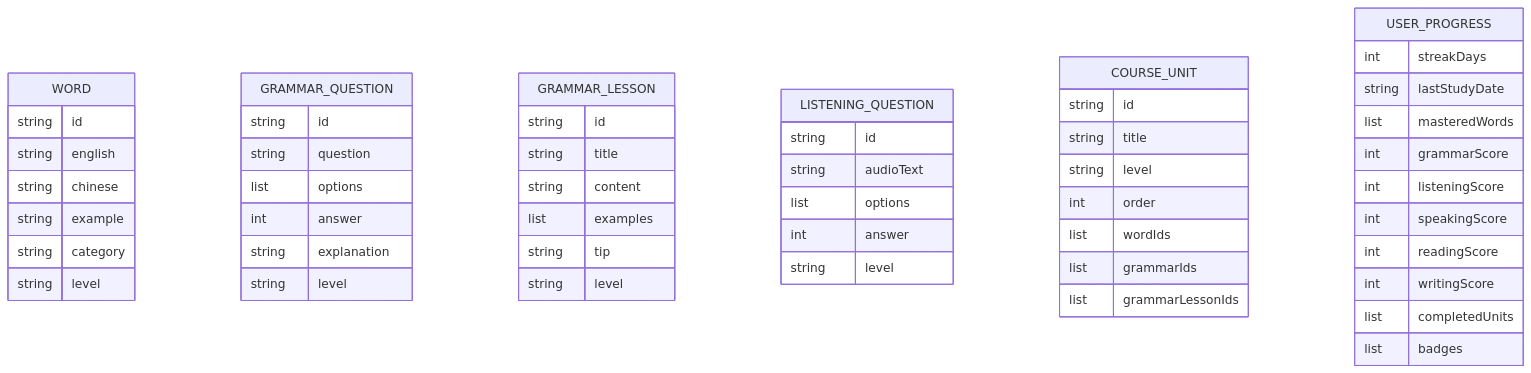
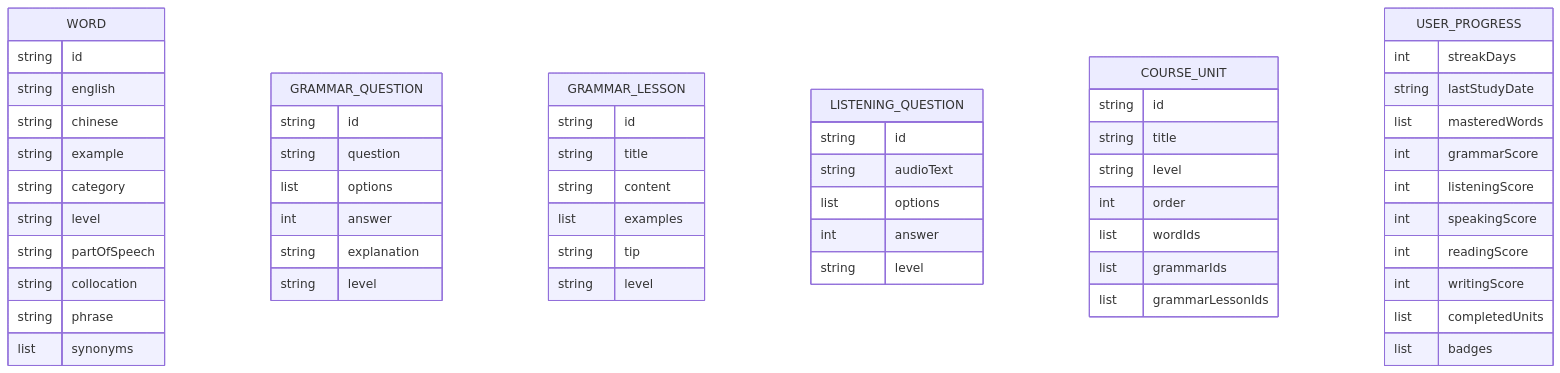
One commit to kakaluote0098/ket changed the second of 2 diagrams in .trae/documents/Technical-Architecture.md. Above: the diagram before and after it, drawn with Mermaid. The commit also changed other lines of this file and 2 other files, not shown here.

````diff
--- a/.trae/documents/Technical-Architecture.md
+++ b/.trae/documents/Technical-Architecture.md
@@ -106,55 +112,59 @@
 ```mermaid
 erDiagram
     WORD {
         string id
         string english
         string chinese
         string example
         string category
         string level
+        string partOfSpeech
+        string collocation
+        string phrase
+        list synonyms
     }
     GRAMMAR_QUESTION {
         string id
         string question
         list options
         int answer
         string explanation
         string level
     }
     GRAMMAR_LESSON {
         string id
         string title
         string content
         list examples
         string tip
         string level
     }
     LISTENING_QUESTION {
         string id
         string audioText
         list options
         int answer
         string level
     }
     COURSE_UNIT {
         string id
         string title
         string level
         int order
         list wordIds
         list grammarIds
         list grammarLessonIds
     }
     USER_PROGRESS {
         int streakDays
         string lastStudyDate
         list masteredWords
         int grammarScore
         int listeningScore
         int speakingScore
         int readingScore
         int writingScore
         list completedUnits
         list badges
     }
 ```
````
